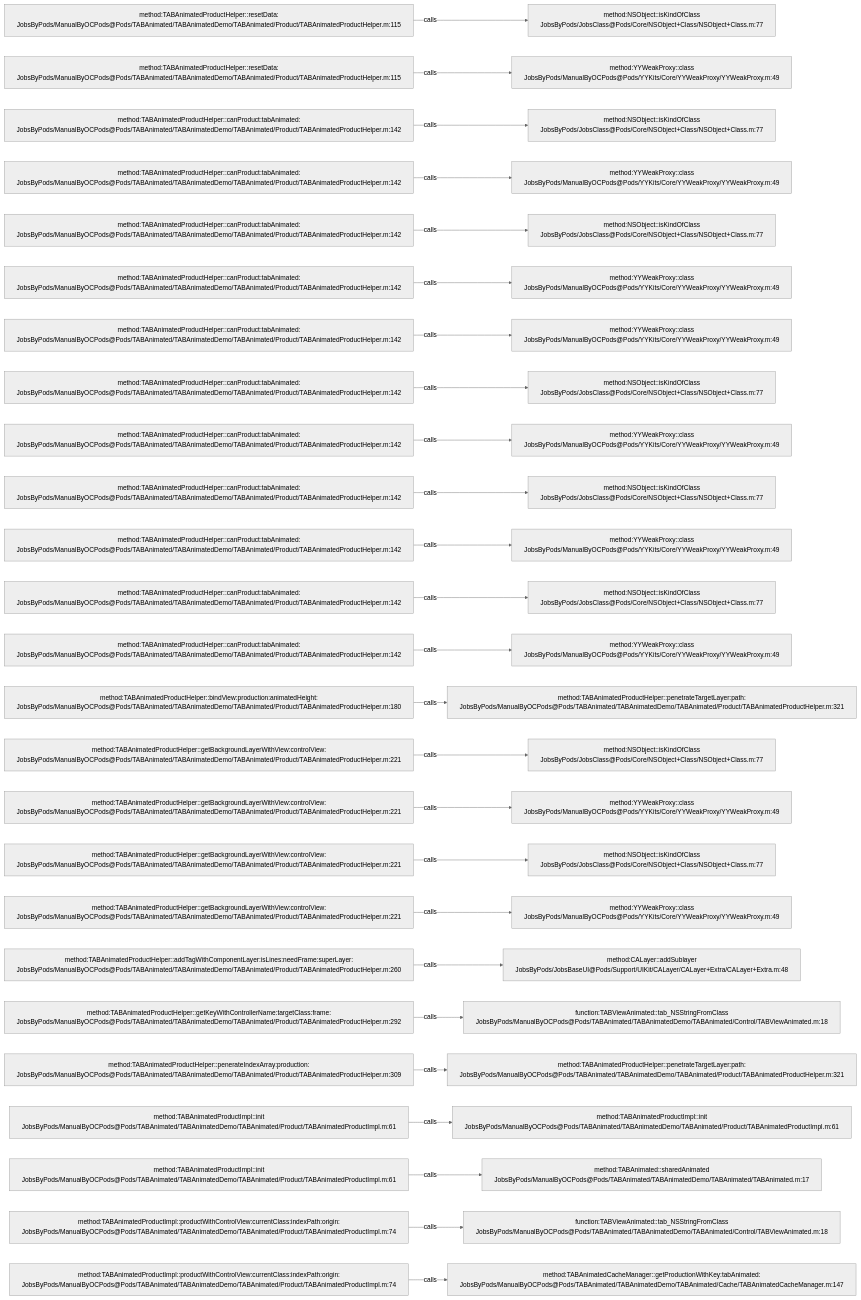
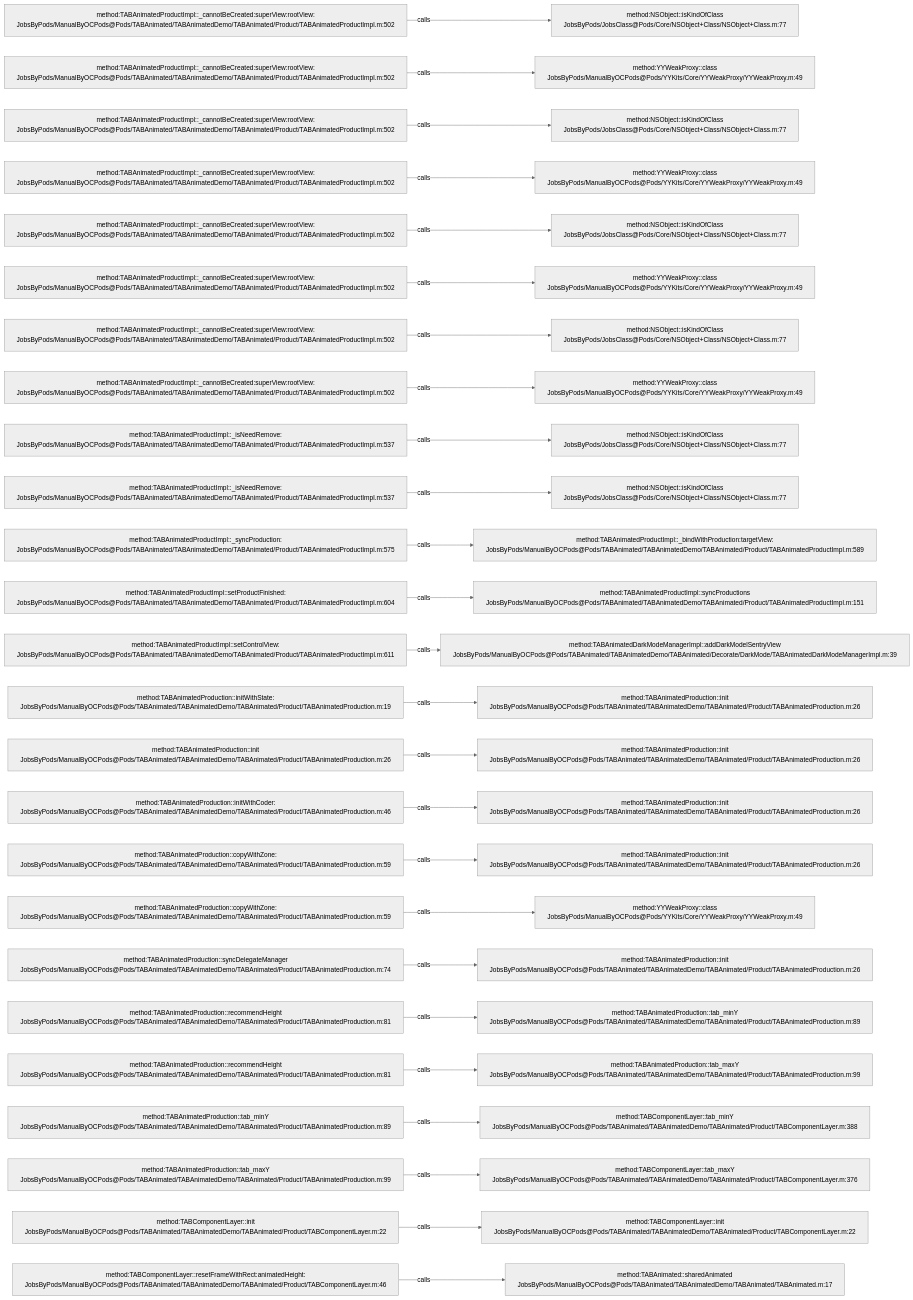
Before and after one commit to JobsKits/JobsOCBaseConfigDemo: the diagram in .codegraph/codegraph.md/graphs/calls-035.md, drawn with Mermaid (neutral theme). The commit also changed 1353 other files, not shown here.

````diff
--- a/.codegraph/codegraph.md/graphs/calls-035.md
+++ b/.codegraph/codegraph.md/graphs/calls-035.md
@@ -13,78 +13,78 @@
 ```mermaid
 flowchart LR
-  S1["method:TABAnimatedProductHelper::resetData:<br/>JobsByPods/ManualByOCPods@Pods/TABAnimated/TABAnimatedDemo/TABAnimated/Product/TABAnimatedProductHelper.m:115"]
+  S1["method:TABAnimatedProductImpl::_cannotBeCreated:superView:rootView:<br/>JobsByPods/ManualByOCPods@Pods/TABAnimated/TABAnimatedDemo/TABAnimated/Product/TABAnimatedProductImpl.m:502"]
   T1["method:NSObject::isKindOfClass<br/>JobsByPods/JobsClass@Pods/Core/NSObject+Class/NSObject+Class.m:77"]
   S1 -->|calls| T1
-  S2["method:TABAnimatedProductHelper::resetData:<br/>JobsByPods/ManualByOCPods@Pods/TABAnimated/TABAnimatedDemo/TABAnimated/Product/TABAnimatedProductHelper.m:115"]
+  S2["method:TABAnimatedProductImpl::_cannotBeCreated:superView:rootView:<br/>JobsByPods/ManualByOCPods@Pods/TABAnimated/TABAnimatedDemo/TABAnimated/Product/TABAnimatedProductImpl.m:502"]
   T2["method:YYWeakProxy::class<br/>JobsByPods/ManualByOCPods@Pods/YYKits/Core/YYWeakProxy/YYWeakProxy.m:49"]
   S2 -->|calls| T2
-  S3["method:TABAnimatedProductHelper::canProduct:tabAnimated:<br/>JobsByPods/ManualByOCPods@Pods/TABAnimated/TABAnimatedDemo/TABAnimated/Product/TABAnimatedProductHelper.m:142"]
+  S3["method:TABAnimatedProductImpl::_cannotBeCreated:superView:rootView:<br/>JobsByPods/ManualByOCPods@Pods/TABAnimated/TABAnimatedDemo/TABAnimated/Product/TABAnimatedProductImpl.m:502"]
   T3["method:NSObject::isKindOfClass<br/>JobsByPods/JobsClass@Pods/Core/NSObject+Class/NSObject+Class.m:77"]
   S3 -->|calls| T3
-  S4["method:TABAnimatedProductHelper::canProduct:tabAnimated:<br/>JobsByPods/ManualByOCPods@Pods/TABAnimated/TABAnimatedDemo/TABAnimated/Product/TABAnimatedProductHelper.m:142"]
+  S4["method:TABAnimatedProductImpl::_cannotBeCreated:superView:rootView:<br/>JobsByPods/ManualByOCPods@Pods/TABAnimated/TABAnimatedDemo/TABAnimated/Product/TABAnimatedProductImpl.m:502"]
   T4["method:YYWeakProxy::class<br/>JobsByPods/ManualByOCPods@Pods/YYKits/Core/YYWeakProxy/YYWeakProxy.m:49"]
   S4 -->|calls| T4
-  S5["method:TABAnimatedProductHelper::canProduct:tabAnimated:<br/>JobsByPods/ManualByOCPods@Pods/TABAnimated/TABAnimatedDemo/TABAnimated/Product/TABAnimatedProductHelper.m:142"]
+  S5["method:TABAnimatedProductImpl::_cannotBeCreated:superView:rootView:<br/>JobsByPods/ManualByOCPods@Pods/TABAnimated/TABAnimatedDemo/TABAnimated/Product/TABAnimatedProductImpl.m:502"]
   T5["method:NSObject::isKindOfClass<br/>JobsByPods/JobsClass@Pods/Core/NSObject+Class/NSObject+Class.m:77"]
   S5 -->|calls| T5
-  S6["method:TABAnimatedProductHelper::canProduct:tabAnimated:<br/>JobsByPods/ManualByOCPods@Pods/TABAnimated/TABAnimatedDemo/TABAnimated/Product/TABAnimatedProductHelper.m:142"]
+  S6["method:TABAnimatedProductImpl::_cannotBeCreated:superView:rootView:<br/>JobsByPods/ManualByOCPods@Pods/TABAnimated/TABAnimatedDemo/TABAnimated/Product/TABAnimatedProductImpl.m:502"]
   T6["method:YYWeakProxy::class<br/>JobsByPods/ManualByOCPods@Pods/YYKits/Core/YYWeakProxy/YYWeakProxy.m:49"]
   S6 -->|calls| T6
-  S7["method:TABAnimatedProductHelper::canProduct:tabAnimated:<br/>JobsByPods/ManualByOCPods@Pods/TABAnimated/TABAnimatedDemo/TABAnimated/Product/TABAnimatedProductHelper.m:142"]
-  T7["method:YYWeakProxy::class<br/>JobsByPods/ManualByOCPods@Pods/YYKits/Core/YYWeakProxy/YYWeakProxy.m:49"]
+  S7["method:TABAnimatedProductImpl::_cannotBeCreated:superView:rootView:<br/>JobsByPods/ManualByOCPods@Pods/TABAnimated/TABAnimatedDemo/TABAnimated/Product/TABAnimatedProductImpl.m:502"]
+  T7["method:NSObject::isKindOfClass<br/>JobsByPods/JobsClass@Pods/Core/NSObject+Class/NSObject+Class.m:77"]
   S7 -->|calls| T7
-  S8["method:TABAnimatedProductHelper::canProduct:tabAnimated:<br/>JobsByPods/ManualByOCPods@Pods/TABAnimated/TABAnimatedDemo/TABAnimated/Product/TABAnimatedProductHelper.m:142"]
-  T8["method:NSObject::isKindOfClass<br/>JobsByPods/JobsClass@Pods/Core/NSObject+Class/NSObject+Class.m:77"]
+  S8["method:TABAnimatedProductImpl::_cannotBeCreated:superView:rootView:<br/>JobsByPods/ManualByOCPods@Pods/TABAnimated/TABAnimatedDemo/TABAnimated/Product/TABAnimatedProductImpl.m:502"]
+  T8["method:YYWeakProxy::class<br/>JobsByPods/ManualByOCPods@Pods/YYKits/Core/YYWeakProxy/YYWeakProxy.m:49"]
   S8 -->|calls| T8
-  S9["method:TABAnimatedProductHelper::canProduct:tabAnimated:<br/>JobsByPods/ManualByOCPods@Pods/TABAnimated/TABAnimatedDemo/TABAnimated/Product/TABAnimatedProductHelper.m:142"]
-  T9["method:YYWeakProxy::class<br/>JobsByPods/ManualByOCPods@Pods/YYKits/Core/YYWeakProxy/YYWeakProxy.m:49"]
+  S9["method:TABAnimatedProductImpl::_isNeedRemove:<br/>JobsByPods/ManualByOCPods@Pods/TABAnimated/TABAnimatedDemo/TABAnimated/Product/TABAnimatedProductImpl.m:537"]
+  T9["method:NSObject::isKindOfClass<br/>JobsByPods/JobsClass@Pods/Core/NSObject+Class/NSObject+Class.m:77"]
   S9 -->|calls| T9
-  S10["method:TABAnimatedProductHelper::canProduct:tabAnimated:<br/>JobsByPods/ManualByOCPods@Pods/TABAnimated/TABAnimatedDemo/TABAnimated/Product/TABAnimatedProductHelper.m:142"]
+  S10["method:TABAnimatedProductImpl::_isNeedRemove:<br/>JobsByPods/ManualByOCPods@Pods/TABAnimated/TABAnimatedDemo/TABAnimated/Product/TABAnimatedProductImpl.m:537"]
   T10["method:NSObject::isKindOfClass<br/>JobsByPods/JobsClass@Pods/Core/NSObject+Class/NSObject+Class.m:77"]
   S10 -->|calls| T10
-  S11["method:TABAnimatedProductHelper::canProduct:tabAnimated:<br/>JobsByPods/ManualByOCPods@Pods/TABAnimated/TABAnimatedDemo/TABAnimated/Product/TABAnimatedProductHelper.m:142"]
-  T11["method:YYWeakProxy::class<br/>JobsByPods/ManualByOCPods@Pods/YYKits/Core/YYWeakProxy/YYWeakProxy.m:49"]
+  S11["method:TABAnimatedProductImpl::_syncProduction:<br/>JobsByPods/ManualByOCPods@Pods/TABAnimated/TABAnimatedDemo/TABAnimated/Product/TABAnimatedProductImpl.m:575"]
+  T11["method:TABAnimatedProductImpl::_bindWithProduction:targetView:<br/>JobsByPods/ManualByOCPods@Pods/TABAnimated/TABAnimatedDemo/TABAnimated/Product/TABAnimatedProductImpl.m:589"]
   S11 -->|calls| T11
-  S12["method:TABAnimatedProductHelper::canProduct:tabAnimated:<br/>JobsByPods/ManualByOCPods@Pods/TABAnimated/TABAnimatedDemo/TABAnimated/Product/TABAnimatedProductHelper.m:142"]
-  T12["method:NSObject::isKindOfClass<br/>JobsByPods/JobsClass@Pods/Core/NSObject+Class/NSObject+Class.m:77"]
+  S12["method:TABAnimatedProductImpl::setProductFinished:<br/>JobsByPods/ManualByOCPods@Pods/TABAnimated/TABAnimatedDemo/TABAnimated/Product/TABAnimatedProductImpl.m:604"]
+  T12["method:TABAnimatedProductImpl::syncProductions<br/>JobsByPods/ManualByOCPods@Pods/TABAnimated/TABAnimatedDemo/TABAnimated/Product/TABAnimatedProductImpl.m:151"]
   S12 -->|calls| T12
-  S13["method:TABAnimatedProductHelper::canProduct:tabAnimated:<br/>JobsByPods/ManualByOCPods@Pods/TABAnimated/TABAnimatedDemo/TABAnimated/Product/TABAnimatedProductHelper.m:142"]
-  T13["method:YYWeakProxy::class<br/>JobsByPods/ManualByOCPods@Pods/YYKits/Core/YYWeakProxy/YYWeakProxy.m:49"]
+  S13["method:TABAnimatedProductImpl::setControlView:<br/>JobsByPods/ManualByOCPods@Pods/TABAnimated/TABAnimatedDemo/TABAnimated/Product/TABAnimatedProductImpl.m:611"]
+  T13["method:TABAnimatedDarkModeManagerImpl::addDarkModelSentryView<br/>JobsByPods/ManualByOCPods@Pods/TABAnimated/TABAnimatedDemo/TABAnimated/Decorate/DarkMode/TABAnimatedDarkModeManagerImpl.m:39"]
   S13 -->|calls| T13
-  S14["method:TABAnimatedProductHelper::bindView:production:animatedHeight:<br/>JobsByPods/ManualByOCPods@Pods/TABAnimated/TABAnimatedDemo/TABAnimated/Product/TABAnimatedProductHelper.m:180"]
-  T14["method:TABAnimatedProductHelper::penetrateTargetLayer:path:<br/>JobsByPods/ManualByOCPods@Pods/TABAnimated/TABAnimatedDemo/TABAnimated/Product/TABAnimatedProductHelper.m:321"]
+  S14["method:TABAnimatedProduction::initWithState:<br/>JobsByPods/ManualByOCPods@Pods/TABAnimated/TABAnimatedDemo/TABAnimated/Product/TABAnimatedProduction.m:19"]
+  T14["method:TABAnimatedProduction::init<br/>JobsByPods/ManualByOCPods@Pods/TABAnimated/TABAnimatedDemo/TABAnimated/Product/TABAnimatedProduction.m:26"]
   S14 -->|calls| T14
-  S15["method:TABAnimatedProductHelper::getBackgroundLayerWithView:controlView:<br/>JobsByPods/ManualByOCPods@Pods/TABAnimated/TABAnimatedDemo/TABAnimated/Product/TABAnimatedProductHelper.m:221"]
-  T15["method:NSObject::isKindOfClass<br/>JobsByPods/JobsClass@Pods/Core/NSObject+Class/NSObject+Class.m:77"]
+  S15["method:TABAnimatedProduction::init<br/>JobsByPods/ManualByOCPods@Pods/TABAnimated/TABAnimatedDemo/TABAnimated/Product/TABAnimatedProduction.m:26"]
+  T15["method:TABAnimatedProduction::init<br/>JobsByPods/ManualByOCPods@Pods/TABAnimated/TABAnimatedDemo/TABAnimated/Product/TABAnimatedProduction.m:26"]
   S15 -->|calls| T15
-  S16["method:TABAnimatedProductHelper::getBackgroundLayerWithView:controlView:<br/>JobsByPods/ManualByOCPods@Pods/TABAnimated/TABAnimatedDemo/TABAnimated/Product/TABAnimatedProductHelper.m:221"]
-  T16["method:YYWeakProxy::class<br/>JobsByPods/ManualByOCPods@Pods/YYKits/Core/YYWeakProxy/YYWeakProxy.m:49"]
+  S16["method:TABAnimatedProduction::initWithCoder:<br/>JobsByPods/ManualByOCPods@Pods/TABAnimated/TABAnimatedDemo/TABAnimated/Product/TABAnimatedProduction.m:46"]
+  T16["method:TABAnimatedProduction::init<br/>JobsByPods/ManualByOCPods@Pods/TABAnimated/TABAnimatedDemo/TABAnimated/Product/TABAnimatedProduction.m:26"]
   S16 -->|calls| T16
-  S17["method:TABAnimatedProductHelper::getBackgroundLayerWithView:controlView:<br/>JobsByPods/ManualByOCPods@Pods/TABAnimated/TABAnimatedDemo/TABAnimated/Product/TABAnimatedProductHelper.m:221"]
-  T17["method:NSObject::isKindOfClass<br/>JobsByPods/JobsClass@Pods/Core/NSObject+Class/NSObject+Class.m:77"]
+  S17["method:TABAnimatedProduction::copyWithZone:<br/>JobsByPods/ManualByOCPods@Pods/TABAnimated/TABAnimatedDemo/TABAnimated/Product/TABAnimatedProduction.m:59"]
+  T17["method:TABAnimatedProduction::init<br/>JobsByPods/ManualByOCPods@Pods/TABAnimated/TABAnimatedDemo/TABAnimated/Product/TABAnimatedProduction.m:26"]
   S17 -->|calls| T17
-  S18["method:TABAnimatedProductHelper::getBackgroundLayerWithView:controlView:<br/>JobsByPods/ManualByOCPods@Pods/TABAnimated/TABAnimatedDemo/TABAnimated/Product/TABAnimatedProductHelper.m:221"]
+  S18["method:TABAnimatedProduction::copyWithZone:<br/>JobsByPods/ManualByOCPods@Pods/TABAnimated/TABAnimatedDemo/TABAnimated/Product/TABAnimatedProduction.m:59"]
   T18["method:YYWeakProxy::class<br/>JobsByPods/ManualByOCPods@Pods/YYKits/Core/YYWeakProxy/YYWeakProxy.m:49"]
   S18 -->|calls| T18
-  S19["method:TABAnimatedProductHelper::addTagWithComponentLayer:isLines:needFrame:superLayer:<br/>JobsByPods/ManualByOCPods@Pods/TABAnimated/TABAnimatedDemo/TABAnimated/Product/TABAnimatedProductHelper.m:260"]
-  T19["method:CALayer::addSublayer<br/>JobsByPods/JobsBaseUI@Pods/Support/UIKit/CALayer/CALayer+Extra/CALayer+Extra.m:48"]
+  S19["method:TABAnimatedProduction::syncDelegateManager<br/>JobsByPods/ManualByOCPods@Pods/TABAnimated/TABAnimatedDemo/TABAnimated/Product/TABAnimatedProduction.m:74"]
+  T19["method:TABAnimatedProduction::init<br/>JobsByPods/ManualByOCPods@Pods/TABAnimated/TABAnimatedDemo/TABAnimated/Product/TABAnimatedProduction.m:26"]
   S19 -->|calls| T19
-  S20["method:TABAnimatedProductHelper::getKeyWithControllerName:targetClass:frame:<br/>JobsByPods/ManualByOCPods@Pods/TABAnimated/TABAnimatedDemo/TABAnimated/Product/TABAnimatedProductHelper.m:292"]
-  T20["function:TABViewAnimated::tab_NSStringFromClass<br/>JobsByPods/ManualByOCPods@Pods/TABAnimated/TABAnimatedDemo/TABAnimated/Control/TABViewAnimated.m:18"]
+  S20["method:TABAnimatedProduction::recommendHeight<br/>JobsByPods/ManualByOCPods@Pods/TABAnimated/TABAnimatedDemo/TABAnimated/Product/TABAnimatedProduction.m:81"]
+  T20["method:TABAnimatedProduction::tab_minY<br/>JobsByPods/ManualByOCPods@Pods/TABAnimated/TABAnimatedDemo/TABAnimated/Product/TABAnimatedProduction.m:89"]
   S20 -->|calls| T20
-  S21["method:TABAnimatedProductHelper::penerateIndexArray:production:<br/>JobsByPods/ManualByOCPods@Pods/TABAnimated/TABAnimatedDemo/TABAnimated/Product/TABAnimatedProductHelper.m:309"]
-  T21["method:TABAnimatedProductHelper::penetrateTargetLayer:path:<br/>JobsByPods/ManualByOCPods@Pods/TABAnimated/TABAnimatedDemo/TABAnimated/Product/TABAnimatedProductHelper.m:321"]
+  S21["method:TABAnimatedProduction::recommendHeight<br/>JobsByPods/ManualByOCPods@Pods/TABAnimated/TABAnimatedDemo/TABAnimated/Product/TABAnimatedProduction.m:81"]
+  T21["method:TABAnimatedProduction::tab_maxY<br/>JobsByPods/ManualByOCPods@Pods/TABAnimated/TABAnimatedDemo/TABAnimated/Product/TABAnimatedProduction.m:99"]
   S21 -->|calls| T21
-  S22["method:TABAnimatedProductImpl::init<br/>JobsByPods/ManualByOCPods@Pods/TABAnimated/TABAnimatedDemo/TABAnimated/Product/TABAnimatedProductImpl.m:61"]
-  T22["method:TABAnimatedProductImpl::init<br/>JobsByPods/ManualByOCPods@Pods/TABAnimated/TABAnimatedDemo/TABAnimated/Product/TABAnimatedProductImpl.m:61"]
+  S22["method:TABAnimatedProduction::tab_minY<br/>JobsByPods/ManualByOCPods@Pods/TABAnimated/TABAnimatedDemo/TABAnimated/Product/TABAnimatedProduction.m:89"]
+  T22["method:TABComponentLayer::tab_minY<br/>JobsByPods/ManualByOCPods@Pods/TABAnimated/TABAnimatedDemo/TABAnimated/Product/TABComponentLayer.m:388"]
   S22 -->|calls| T22
-  S23["method:TABAnimatedProductImpl::init<br/>JobsByPods/ManualByOCPods@Pods/TABAnimated/TABAnimatedDemo/TABAnimated/Product/TABAnimatedProductImpl.m:61"]
-  T23["method:TABAnimated::sharedAnimated<br/>JobsByPods/ManualByOCPods@Pods/TABAnimated/TABAnimatedDemo/TABAnimated/TABAnimated.m:17"]
+  S23["method:TABAnimatedProduction::tab_maxY<br/>JobsByPods/ManualByOCPods@Pods/TABAnimated/TABAnimatedDemo/TABAnimated/Product/TABAnimatedProduction.m:99"]
+  T23["method:TABComponentLayer::tab_maxY<br/>JobsByPods/ManualByOCPods@Pods/TABAnimated/TABAnimatedDemo/TABAnimated/Product/TABComponentLayer.m:376"]
   S23 -->|calls| T23
-  S24["method:TABAnimatedProductImpl::productWithControlView:currentClass:indexPath:origin:<br/>JobsByPods/ManualByOCPods@Pods/TABAnimated/TABAnimatedDemo/TABAnimated/Product/TABAnimatedProductImpl.m:74"]
-  T24["function:TABViewAnimated::tab_NSStringFromClass<br/>JobsByPods/ManualByOCPods@Pods/TABAnimated/TABAnimatedDemo/TABAnimated/Control/TABViewAnimated.m:18"]
+  S24["method:TABComponentLayer::init<br/>JobsByPods/ManualByOCPods@Pods/TABAnimated/TABAnimatedDemo/TABAnimated/Product/TABComponentLayer.m:22"]
+  T24["method:TABComponentLayer::init<br/>JobsByPods/ManualByOCPods@Pods/TABAnimated/TABAnimatedDemo/TABAnimated/Product/TABComponentLayer.m:22"]
   S24 -->|calls| T24
-  S25["method:TABAnimatedProductImpl::productWithControlView:currentClass:indexPath:origin:<br/>JobsByPods/ManualByOCPods@Pods/TABAnimated/TABAnimatedDemo/TABAnimated/Product/TABAnimatedProductImpl.m:74"]
-  T25["method:TABAnimatedCacheManager::getProductionWithKey:tabAnimated:<br/>JobsByPods/ManualByOCPods@Pods/TABAnimated/TABAnimatedDemo/TABAnimated/Cache/TABAnimatedCacheManager.m:147"]
+  S25["method:TABComponentLayer::resetFrameWithRect:animatedHeight:<br/>JobsByPods/ManualByOCPods@Pods/TABAnimated/TABAnimatedDemo/TABAnimated/Product/TABComponentLayer.m:46"]
+  T25["method:TABAnimated::sharedAnimated<br/>JobsByPods/ManualByOCPods@Pods/TABAnimated/TABAnimatedDemo/TABAnimated/TABAnimated.m:17"]
   S25 -->|calls| T25
 ```
````
